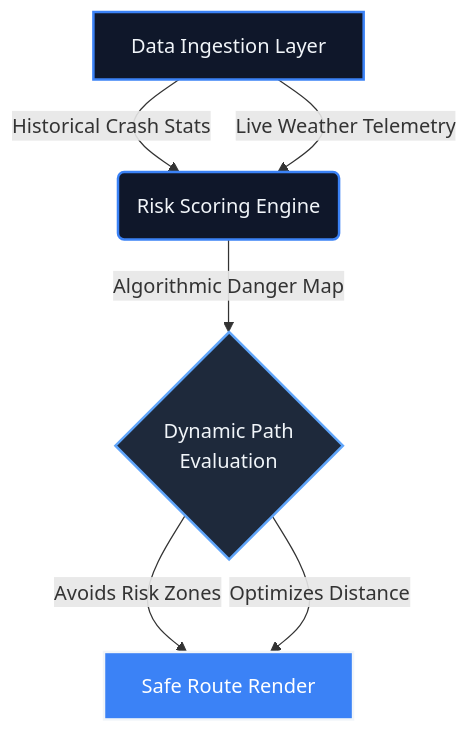
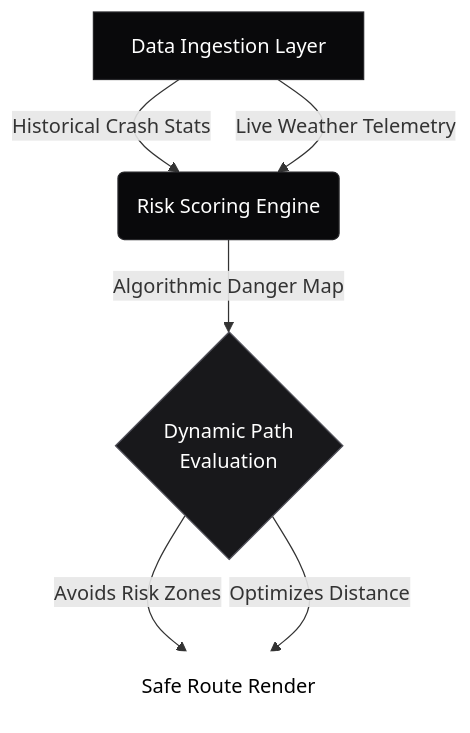
The diagram in README.md (sathishr-ai/Smart-Navigation-System-for-Accident-Prone-Detection), drawn with Mermaid before and after one commit. The commit also changed other lines of this file, not shown here.

````diff
--- a/README.md
+++ b/README.md
@@ -75,13 +64,13 @@
 ```mermaid
 graph TD;
     A[Data Ingestion Layer] -->|Historical Crash Stats| B(Risk Scoring Engine);
     A -->|Live Weather Telemetry| B;
     B -->|Algorithmic Danger Map| C{Dynamic Path<br>Evaluation};
     C -->|Avoids Risk Zones| D[Safe Route Render];
     C -->|Optimizes Distance| D;
     
-    style A fill:#0F172A,stroke:#3B82F6,stroke-width:2px,color:#F1F5F9
-    style B fill:#0F172A,stroke:#3B82F6,stroke-width:2px,color:#F1F5F9
-    style C fill:#1E293B,stroke:#60A5FA,stroke-width:2px,color:#F1F5F9
-    style D fill:#3B82F6,stroke:#F1F5F9,stroke-width:2px,color:#ffffff
+    style A fill:#09090B,stroke:#27272A,stroke-width:1px,color:#FFFFFF
+    style B fill:#09090B,stroke:#27272A,stroke-width:1px,color:#FFFFFF
+    style C fill:#18181B,stroke:#52525B,stroke-width:1px,color:#FFFFFF
+    style D fill:#FFFFFF,stroke:#FFFFFF,stroke-width:1px,color:#000000
 ```
````
